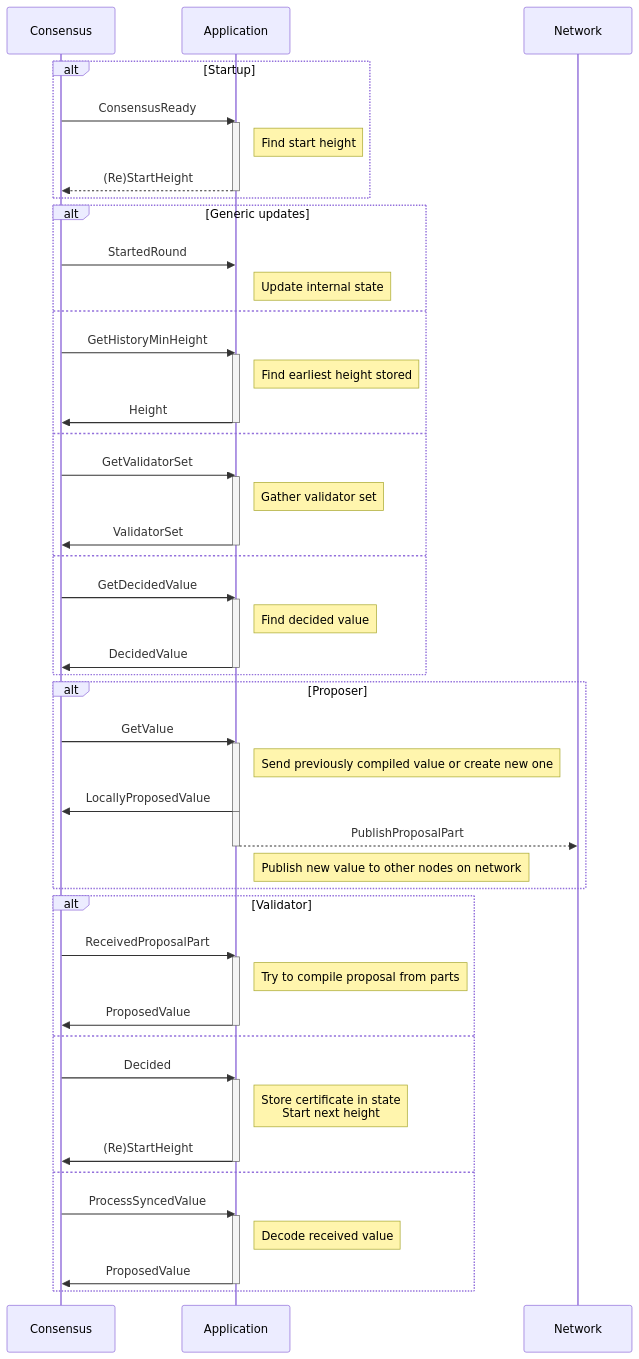
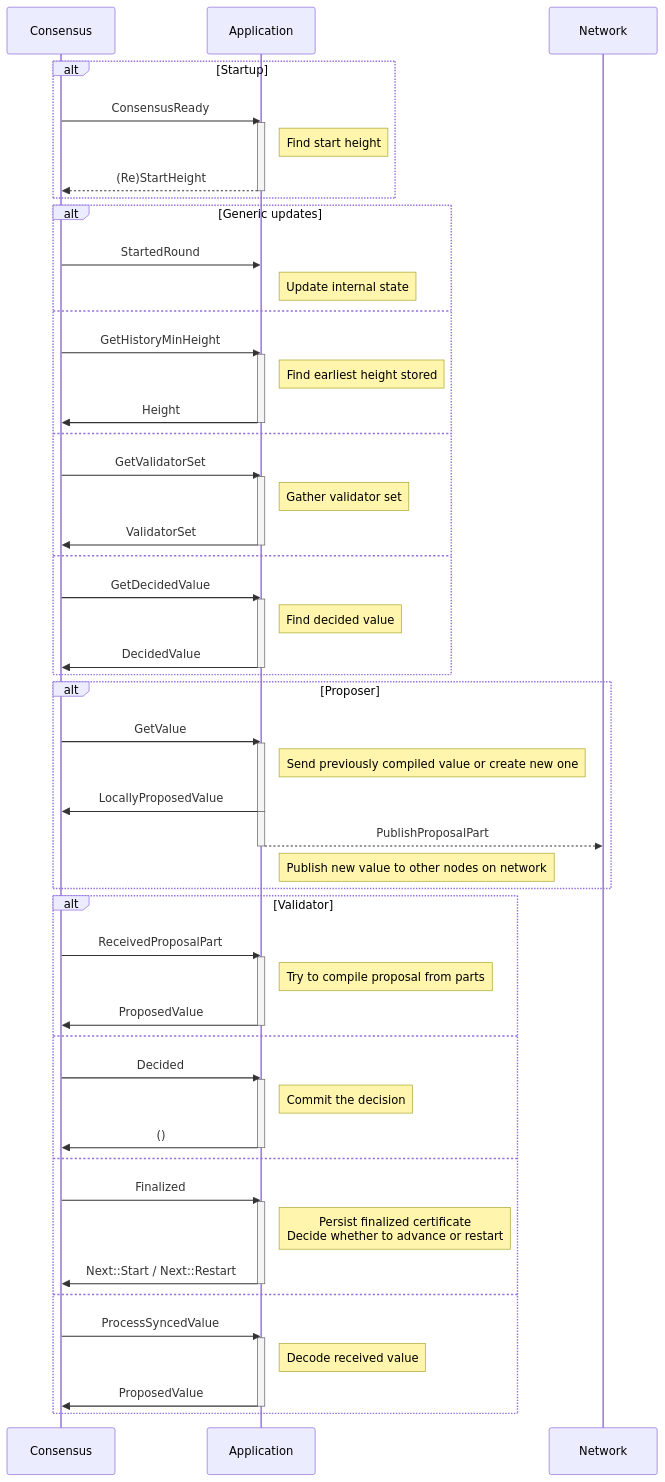
The diagram in docs/tutorials/channels.md (circlefin/malachite), drawn with Mermaid before and after one commit. The commit also changed other lines of this file and 158 other files, not shown here.

````diff
--- a/docs/tutorials/channels.md
+++ b/docs/tutorials/channels.md
@@ -1015,66 +1016,72 @@
 ```mermaid
 sequenceDiagram
 
    alt Startup
    Consensus->>Application: ConsensusReady
    activate Application
    note right of Application: Find start height
    Application-->>Consensus: (Re)StartHeight
    deactivate Application
    end
 
    alt Generic updates
    Consensus->>Application: StartedRound
    note right of Application: Update internal state
    else
    Consensus->>Application: GetHistoryMinHeight
    activate Application
    note right of Application: Find earliest height stored
    Application->>Consensus: Height
    deactivate Application
    else
    Consensus->>Application: GetValidatorSet
    activate Application
    note right of Application: Gather validator set
    Application->>Consensus: ValidatorSet
    deactivate Application
    else
    Consensus->>Application: GetDecidedValue
    activate Application
    note right of Application: Find decided value
    Application->>Consensus: DecidedValue
    deactivate Application
    end
 
    alt Proposer
    Consensus->>Application: GetValue
    activate Application
    note right of Application: Send previously compiled value or create new one
    Application->>Consensus: LocallyProposedValue
    deactivate Application
    activate Application
    Application-->>Network: PublishProposalPart
    deactivate Application
    note right of Application: Publish new value to other nodes on network
    end
 
    alt Validator
    Consensus->>Application: ReceivedProposalPart
    activate Application
    note right of Application: Try to compile proposal from parts
    Application->>Consensus: ProposedValue
    deactivate Application
    else
    Consensus->>Application: Decided
    activate Application
-   note right of Application: Store certificate in state<br>Start next height
-   Application->>Consensus: (Re)StartHeight
+   note right of Application: Commit the decision
+   Application->>Consensus: ()
+   deactivate Application
+   else
+   Consensus->>Application: Finalized
+   activate Application
+   note right of Application: Persist finalized certificate<br>Decide whether to advance or restart
+   Application->>Consensus: Next::Start / Next::Restart
    deactivate Application
    else
    Consensus->>Application: ProcessSyncedValue
    activate Application
    note right of Application: Decode received value
    Application->>Consensus: ProposedValue
    deactivate Application
    end
 ```
````
